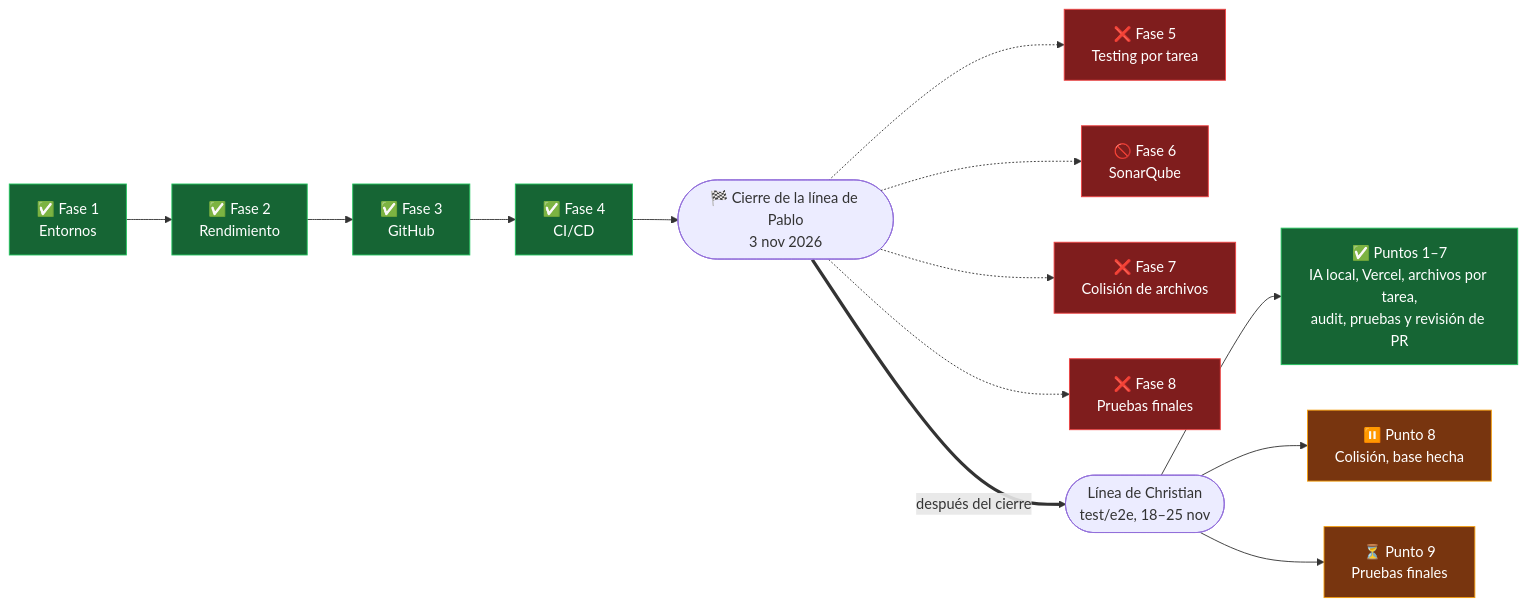
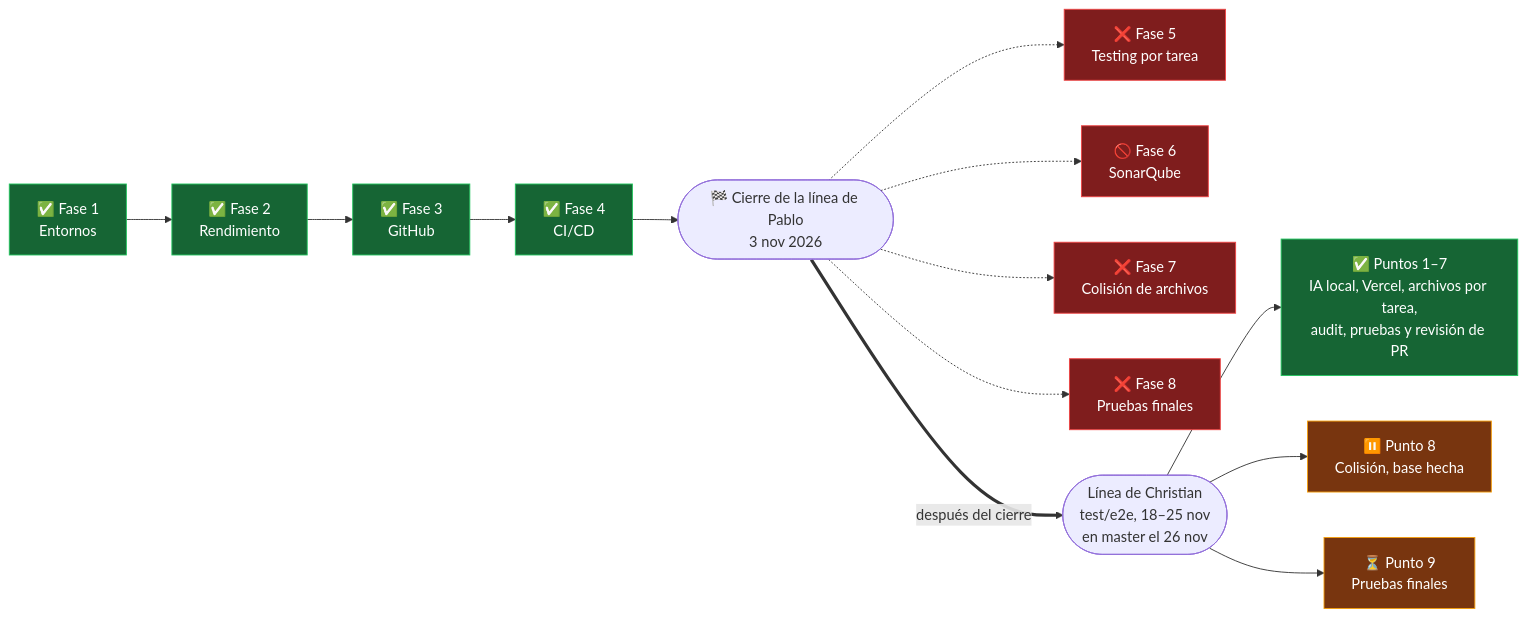
The diagram in documentacion/01-proyecto/cierre-del-proyecto.md (PabloP150/proyecto-is-cc6), drawn with Mermaid before and after one commit. The commit also changed other lines of this file and 55 other files, not shown here.

Commit message:
docs: record the 26 Nov fixes, 2091 tests and the merge into master

````diff
--- a/documentacion/01-proyecto/cierre-del-proyecto.md
+++ b/documentacion/01-proyecto/cierre-del-proyecto.md
@@ -5,20 +5,20 @@
 ```mermaid
 flowchart LR
     F1["✅ Fase 1<br/>Entornos"] --> F2["✅ Fase 2<br/>Rendimiento"] --> F3["✅ Fase 3<br/>GitHub"] --> F4["✅ Fase 4<br/>CI/CD"]
     F4 --> C(["🏁 Cierre de la línea de Pablo<br/>3 nov 2026"])
     C -.-> F5["❌ Fase 5<br/>Testing por tarea"]
     C -.-> F6["🚫 Fase 6<br/>SonarQube"]
     C -.-> F7["❌ Fase 7<br/>Colisión de archivos"]
     C -.-> F8["❌ Fase 8<br/>Pruebas finales"]
-    C ==>|después del cierre| X(["Línea de Christian<br/>test/e2e, 18–25 nov"])
+    C ==>|después del cierre| X(["Línea de Christian<br/>test/e2e, 18–25 nov<br/>en master el 26 nov"])
     X --> X1["✅ Puntos 1–7<br/>IA local, Vercel, archivos por tarea,<br/>audit, pruebas y revisión de PR"]
     X --> X8["⏸️ Punto 8<br/>Colisión, base hecha"]
     X --> X9["⏳ Punto 9<br/>Pruebas finales"]
 
     classDef done fill:#166534,stroke:#22c55e,color:#ffffff
     classDef nodo fill:#7f1d1d,stroke:#ef4444,color:#ffffff
     classDef pend fill:#78350f,stroke:#f59e0b,color:#ffffff
     class F1,F2,F3,F4,X1 done
     class F5,F6,F7,F8 nodo
     class X8,X9 pend
 ```
````
